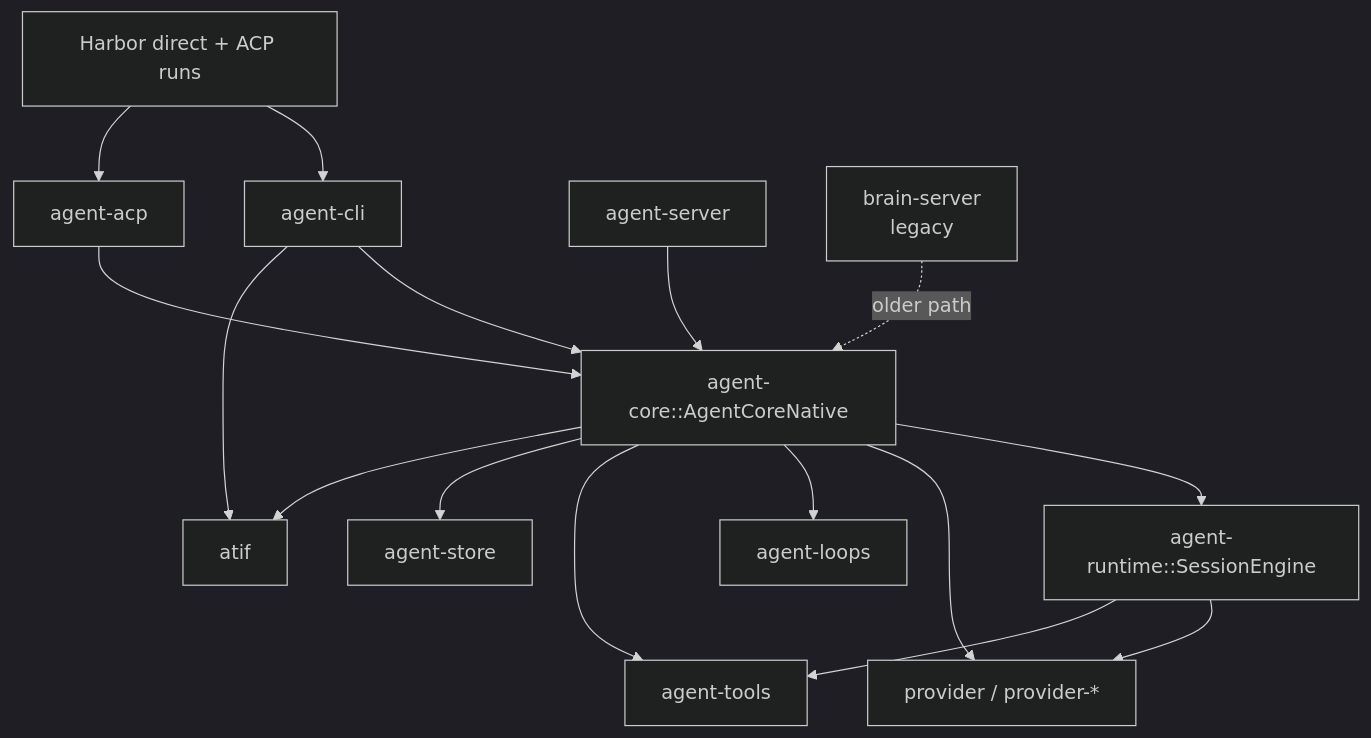
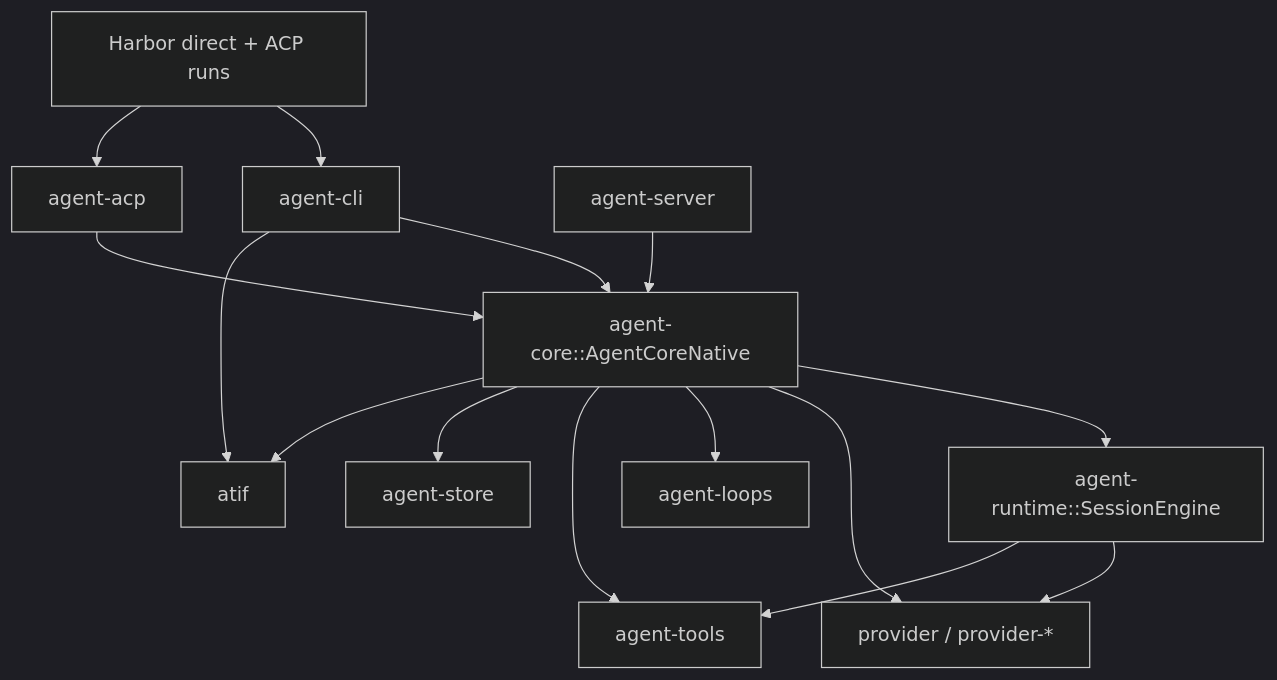
Before and after one commit to leto-labs/leto: the first of 2 diagrams in docs/architecture/README.md, drawn with Mermaid (dark theme). The commit also changed other lines of this file and 225 other files, not shown here.

````diff
--- a/docs/architecture/README.md
+++ b/docs/architecture/README.md
@@ -22,34 +20,30 @@
 ```mermaid
 flowchart TD
     CLI[agent-cli]
     ACP[agent-acp]
     Harbor[Harbor direct + ACP runs]
     Server[agent-server]
-    Legacy[brain-server<br/>legacy]
-
     Core[agent-core::AgentCoreNative]
     Session[agent-runtime::SessionEngine]
 
     Provider[provider / provider-*]
     Loops[agent-loops]
     Tools[agent-tools]
     Store[agent-store]
     Atif[atif]
 
     CLI --> Core
     CLI --> Atif
     ACP --> Core
     Server --> Core
     Harbor --> CLI
     Harbor --> ACP
-    Legacy -. older path .-> Core
-
     Core --> Session
     Core --> Provider
     Core --> Loops
     Core --> Tools
     Core --> Store
     Core --> Atif
     Session --> Provider
     Session --> Tools
 ```
````
